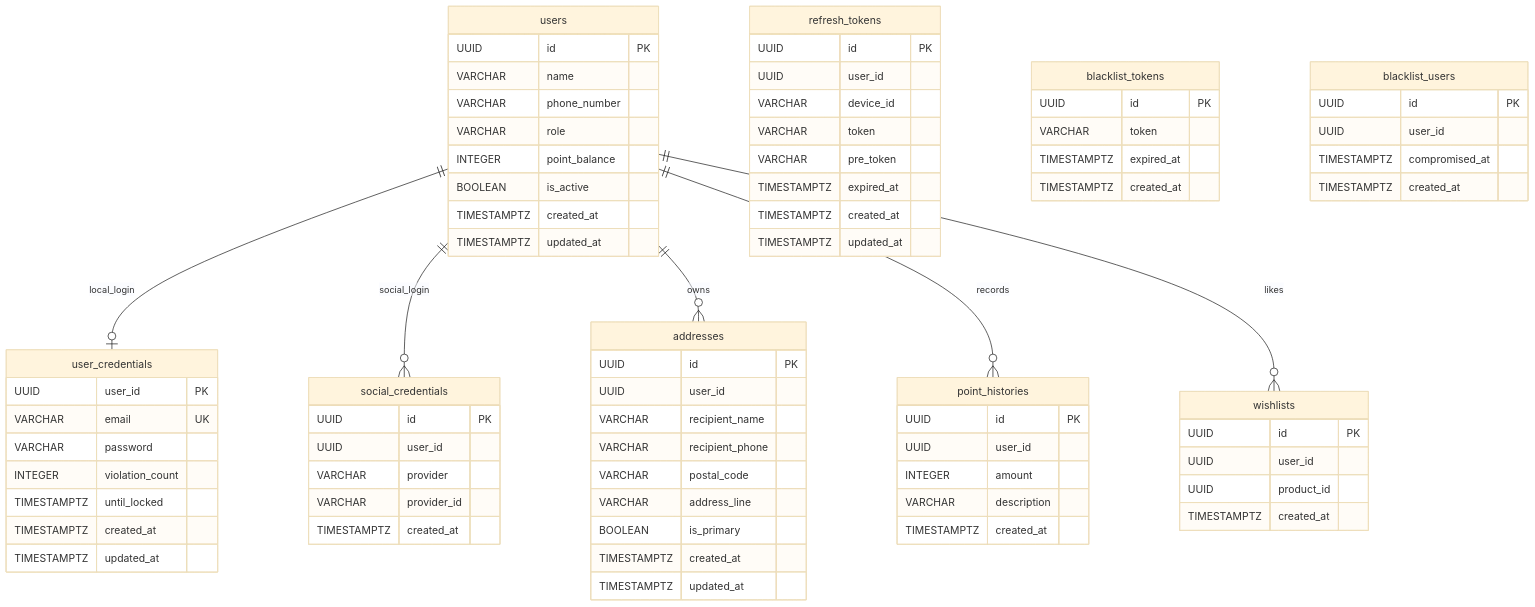
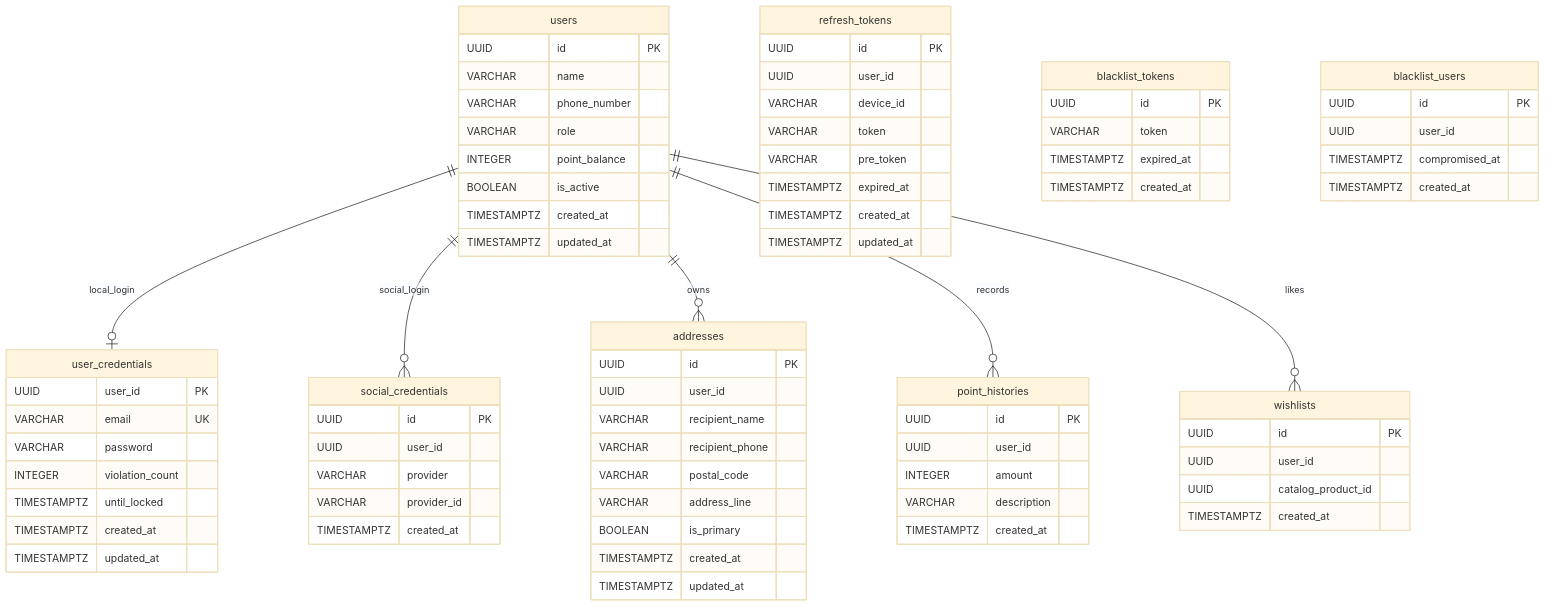
One commit to metDaisy/e-commerce-clone-coding changed the first of 7 diagrams in README.md. Above: the diagram before and after it, drawn with Mermaid (base theme). The commit also changed other lines of this file and 12 other files, not shown here.

````diff
--- a/README.md
+++ b/README.md
@@ -18,81 +18,81 @@
 ```mermaid
 erDiagram
     users {
         UUID id PK
         VARCHAR name
         VARCHAR phone_number
         VARCHAR role
         INTEGER point_balance
         BOOLEAN is_active
         TIMESTAMPTZ created_at
         TIMESTAMPTZ updated_at
     }
     user_credentials {
         UUID user_id PK
         VARCHAR email UK
         VARCHAR password
         INTEGER violation_count
         TIMESTAMPTZ until_locked
         TIMESTAMPTZ created_at
         TIMESTAMPTZ updated_at
     }
     social_credentials {
         UUID id PK
         UUID user_id
         VARCHAR provider
         VARCHAR provider_id
         TIMESTAMPTZ created_at
     }
     addresses {
         UUID id PK
         UUID user_id
         VARCHAR recipient_name
         VARCHAR recipient_phone
         VARCHAR postal_code
         VARCHAR address_line
         BOOLEAN is_primary
         TIMESTAMPTZ created_at
         TIMESTAMPTZ updated_at
     }
     point_histories {
         UUID id PK
         UUID user_id
         INTEGER amount
         VARCHAR description
         TIMESTAMPTZ created_at
     }
     wishlists {
         UUID id PK
         UUID user_id
-        UUID product_id
+        UUID catalog_product_id
         TIMESTAMPTZ created_at
     }
     refresh_tokens {
         UUID id PK
         UUID user_id
         VARCHAR device_id
         VARCHAR token
         VARCHAR pre_token
         TIMESTAMPTZ expired_at
         TIMESTAMPTZ created_at
         TIMESTAMPTZ updated_at
     }
     blacklist_tokens {
         UUID id PK
         VARCHAR token
         TIMESTAMPTZ expired_at
         TIMESTAMPTZ created_at
     }
     blacklist_users {
         UUID id PK
         UUID user_id
         TIMESTAMPTZ compromised_at
         TIMESTAMPTZ created_at
     }
 
     users ||--o| user_credentials : local_login
     users ||--o{ social_credentials : social_login
     users ||--o{ addresses : owns
     users ||--o{ point_histories : records
     users ||--o{ wishlists : likes
 ```
````
